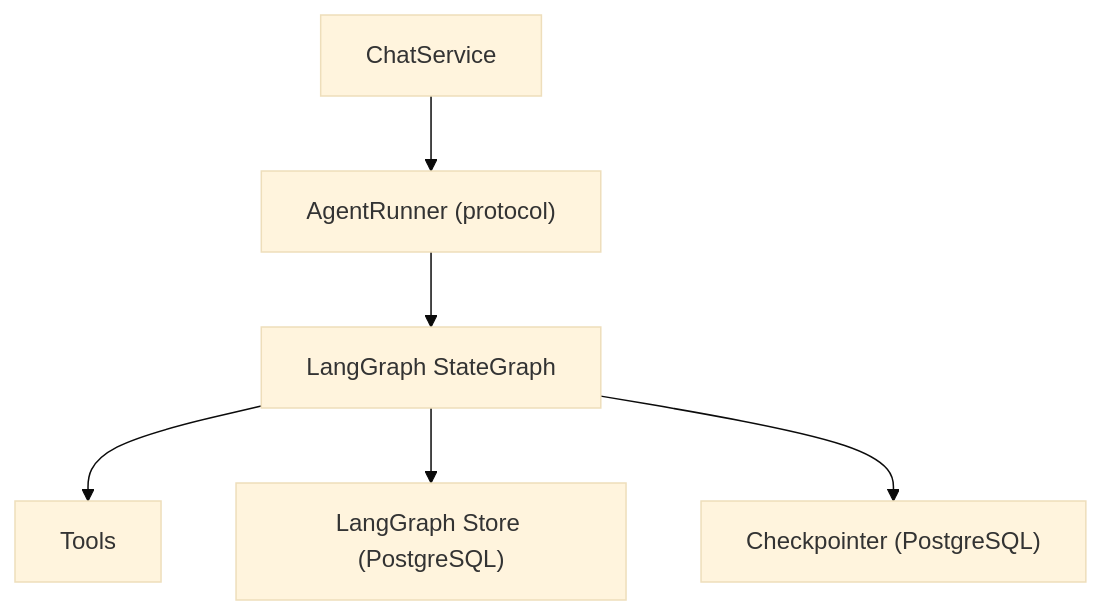
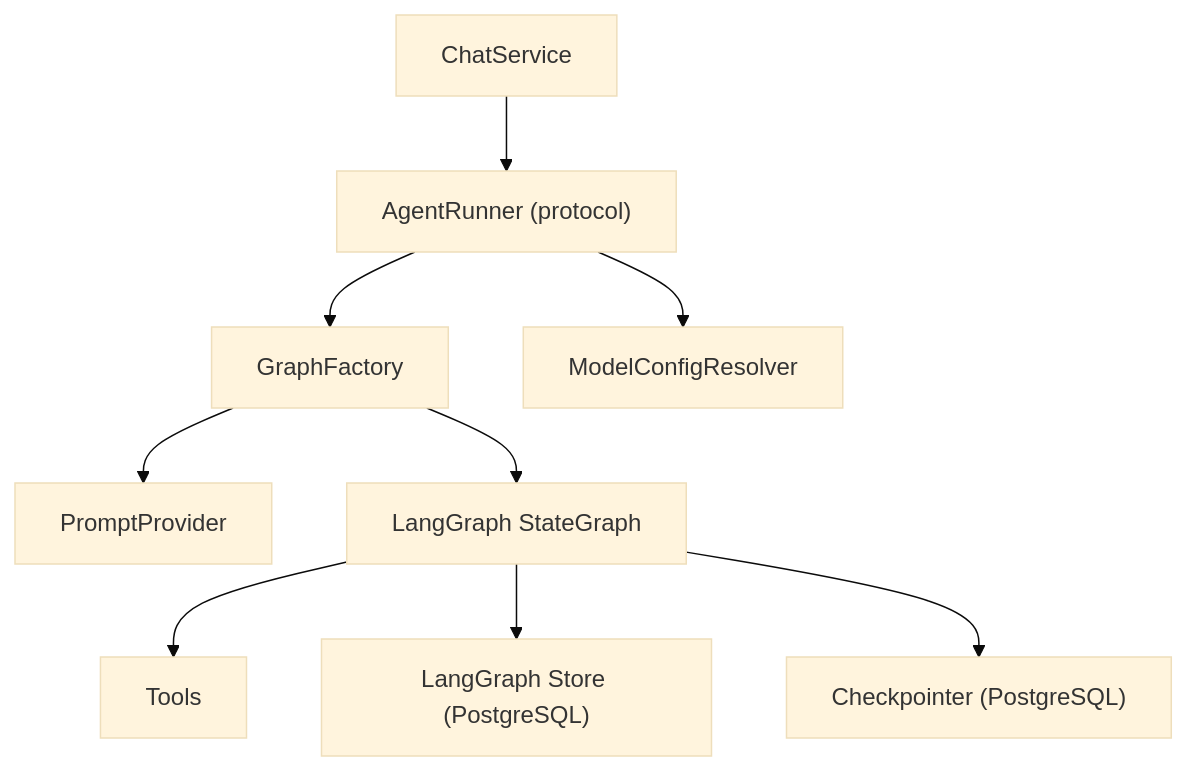
One commit to Bbar0n234/learnflow-ai changed the first of 4 diagrams in doc/tech/agent-runtime.md. Above: the diagram before and after it, drawn with Mermaid (base theme). The commit also changed other lines of this file and 79 other files, not shown here.

````diff
--- a/doc/tech/agent-runtime.md
+++ b/doc/tech/agent-runtime.md
@@ -7,15 +7,21 @@
 ```mermaid
 graph TD
     SVC["ChatService"]
     RUNNER["AgentRunner (protocol)"]
+    FACTORY["GraphFactory"]
+    RESOLVER["ModelConfigResolver"]
+    PROMPT["PromptProvider"]
     GRAPH["LangGraph StateGraph"]
     TOOLS["Tools"]
     STORE["LangGraph Store (PostgreSQL)"]
     CP["Checkpointer (PostgreSQL)"]
 
     SVC --> RUNNER
-    RUNNER --> GRAPH
+    RUNNER --> FACTORY
+    RUNNER --> RESOLVER
+    FACTORY --> GRAPH
+    FACTORY --> PROMPT
     GRAPH --> TOOLS
     GRAPH --> STORE
     GRAPH --> CP
 ```
````
